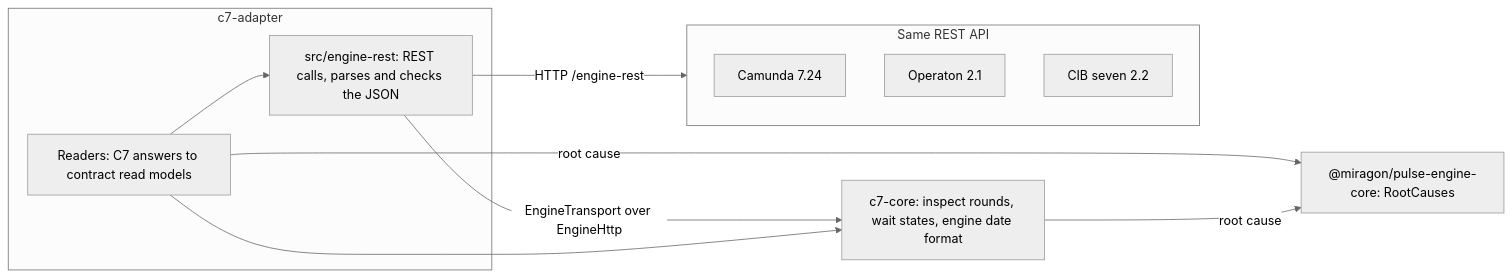
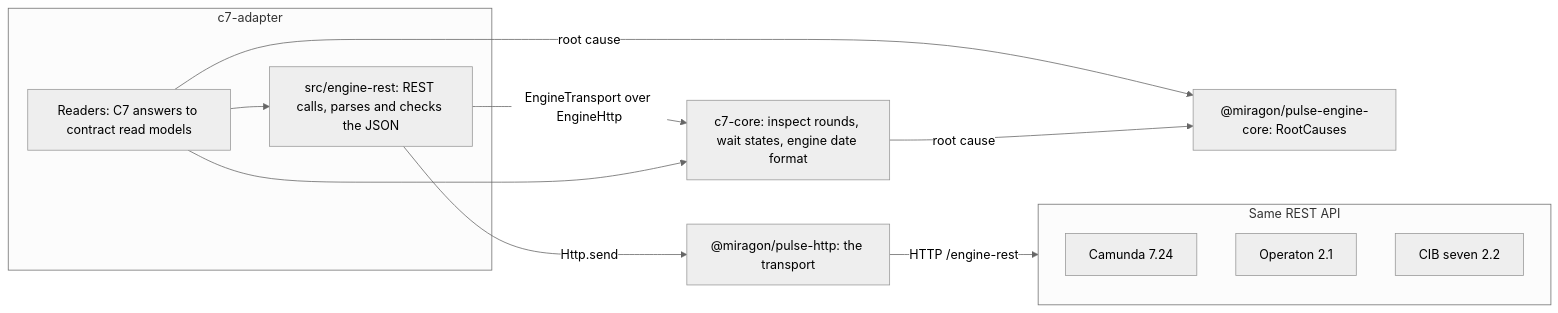
Before and after one commit to Miragon/pulse: the diagram in apps/vscode/docs/adr/c7-adapter.md, drawn with Mermaid (neutral theme). The commit also changed other lines of this file and 52 other files, not shown here.

````diff
--- a/apps/vscode/docs/adr/c7-adapter.md
+++ b/apps/vscode/docs/adr/c7-adapter.md
@@ -13,20 +13,21 @@
 ```mermaid
 flowchart LR
   subgraph adapter [c7-adapter]
     readers[Readers: C7 answers to contract read models]
     rest[src/engine-rest: REST calls, parses and checks the JSON]
   end
   core[c7-core: inspect rounds, wait states, engine date format]
   rules["@miragon/pulse-engine-core: RootCauses"]
   rest -- "EngineTransport over EngineHttp" --> core
+  rest -- "Http.send" --> wire["@miragon/pulse-http: the transport"]
   readers --> core
   readers -- root cause --> rules
   core -- root cause --> rules
   subgraph family [Same REST API]
     camunda7[Camunda 7.24]
     operaton[Operaton 2.1]
     cibseven[CIB seven 2.2]
   end
   readers --> rest
-  rest -- HTTP /engine-rest --> family
+  wire -- HTTP /engine-rest --> family
 ```
````
